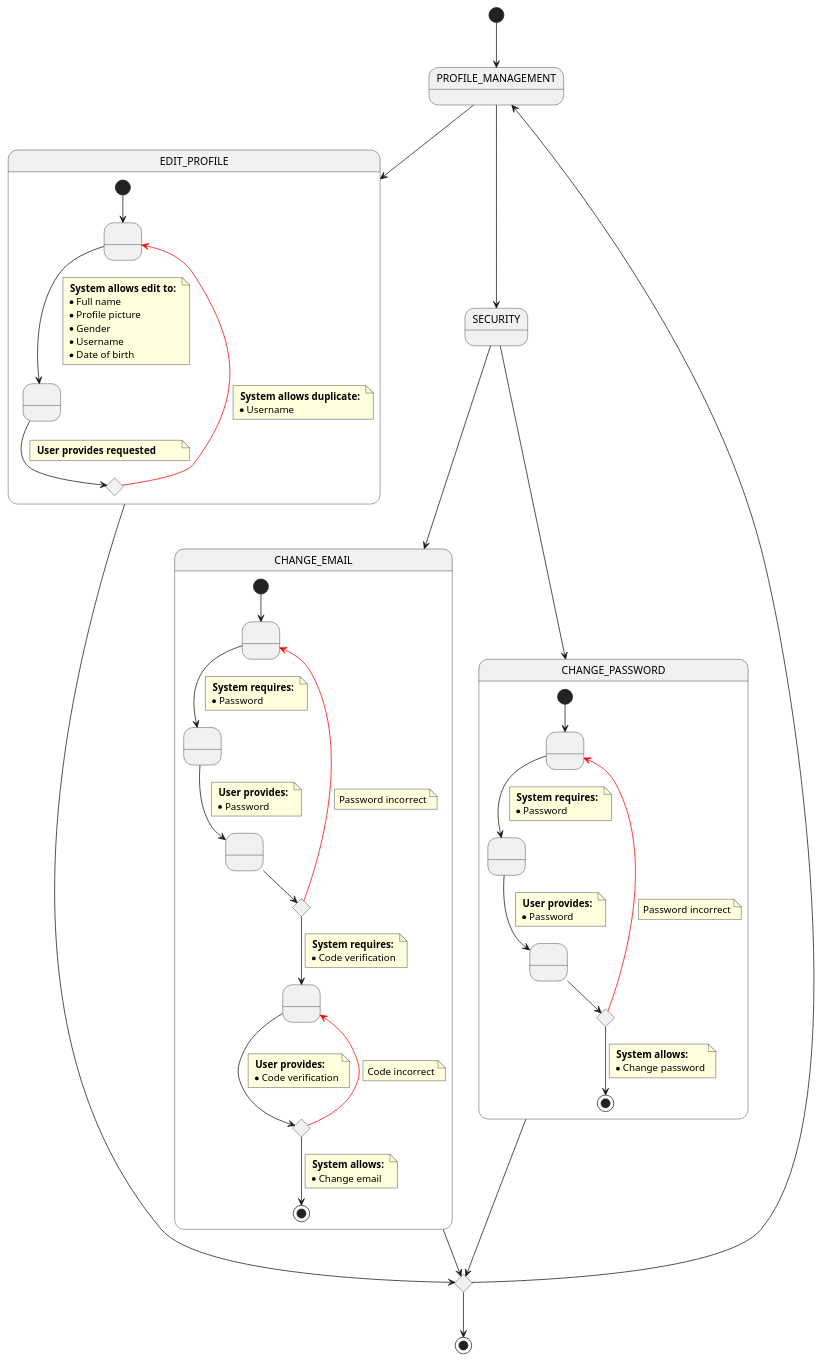
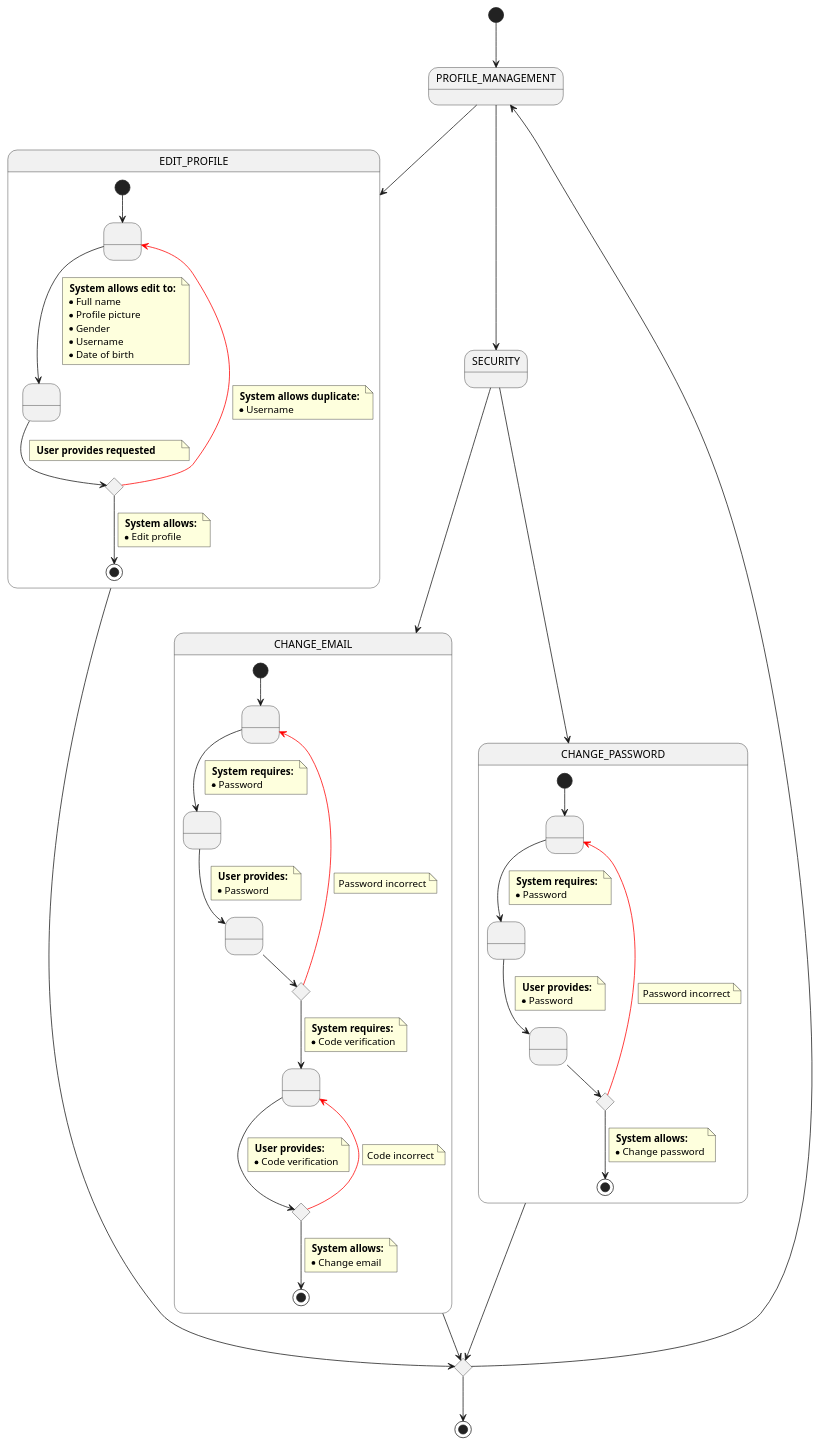
The diagram in docs/1-requeriments/2-use-cases-specifications/user/profile-management.puml (vfred0/requeriments-flixxic), drawn with PlantUML before and after one commit. The commit also changed 1 other file, not shown here.

Commit message:
Updated diagram

```diff
--- a/docs/1-requeriments/2-use-cases-specifications/user/profile-management.puml
+++ b/docs/1-requeriments/2-use-cases-specifications/user/profile-management.puml
@@ -1,133 +1,138 @@
 @startuml profile-management 
 
 [*] --> PROFILE_MANAGEMENT
 
 state EDIT_PROFILE {
     state EPS1 as " "
     state EPS2 as " "
     state EPC1 <<choice>>
 
     [*] --> EPS1
 
     EPS1 --> EPS2
     note on link
         <b> System allows edit to: </b>
         * Full name        
         * Profile picture
         * Gender
         * Username
         * Date of birth
     end note
     
     EPS2 --> EPC1
     note on link 
         <b> User provides requested </b>        
     end note
 
     EPC1 -[#red]--> EPS1
     note on link
         <b> System allows duplicate: </b>
         * Username                
     end note
 
+    EPC1 --> [*]
+    note on link
+        <b> System allows: </b>
+        * Edit profile
+    end note
 }
 
 state CHANGE_EMAIL {
     state SS2 as " "
     state SS3 as " "
     state SS4 as " "
     state SS5 as " "
     
     state SSC2 <<choice>>
     state SSC3 <<choice>>
 
     [*] --> SS2
         
     SS2 --> SS3
     note on link
         <b> System requires: </b>
         * Password            
     end note
     
     SS3 --> SS4
     note on link
         <b> User provides: </b>
         * Password            
     end note
 
     SS4 --> SSC2
     SSC2 -[#red]--> SS2
     note on link
         Password incorrect
     end note
 
     SSC2 --> SS5
     note on link
         <b> System requires: </b>
         * Code verification
     end note
 
     SS5 --> SSC3
     note on link
         <b> User provides: </b>
         * Code verification
     end note
     SSC3 -[#red]--> SS5
     note on link
         Code incorrect
     end note
 
     SSC3 --> [*]
     note on link
         <b> System allows: </b>
         * Change email
     end note
 }
 
 
 state CHANGE_PASSWORD {
     state CPS1 as " "
     state CPS2 as " "
     state CPS3 as " "
     state CPSC1 <<choice>>
 
 
     [*] --> CPS1
     CPS1 --> CPS2
     note on link
         <b> System requires: </b>
         * Password            
     end note
 
     CPS2 --> CPS3
     note on link
         <b> User provides: </b>
         * Password            
     end note
 
     CPS3 --> CPSC1
     CPSC1 -[#red]--> CPS1
     note on link
         Password incorrect
     end note
 
     CPSC1 --> [*]
     note on link
         <b> System allows: </b>
         * Change password
     end note
 }
 
 PROFILE_MANAGEMENT --> EDIT_PROFILE
 PROFILE_MANAGEMENT --> SECURITY 
 SECURITY --> CHANGE_EMAIL
 SECURITY --> CHANGE_PASSWORD
 
 state union <<choice>>
 
 EDIT_PROFILE --> union
 CHANGE_EMAIL --> union
 CHANGE_PASSWORD --> union
 union --> [*]
 union --> PROFILE_MANAGEMENT
 @enduml
```
